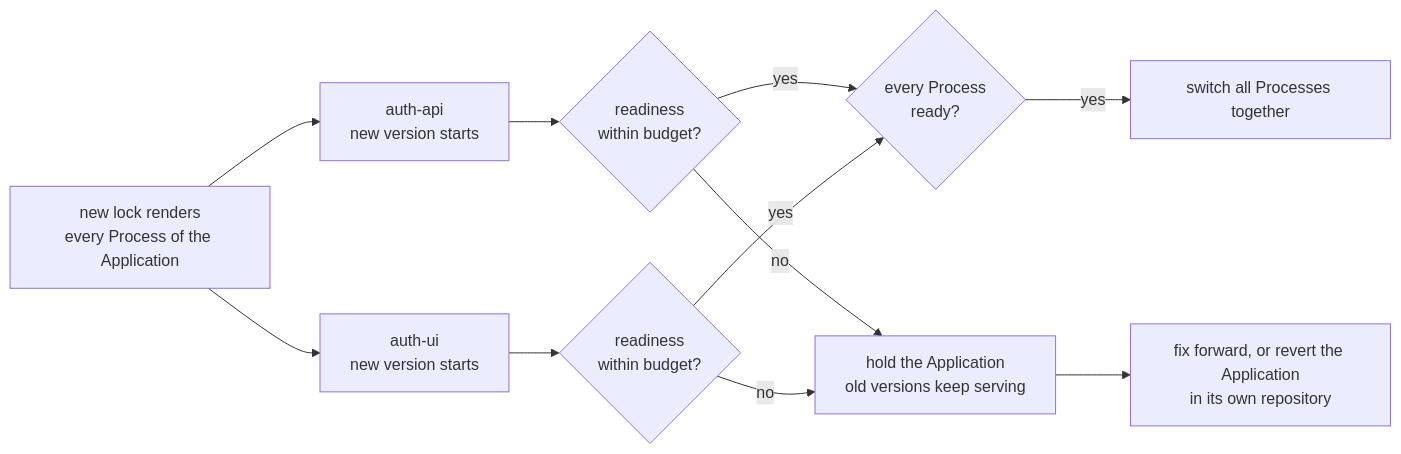
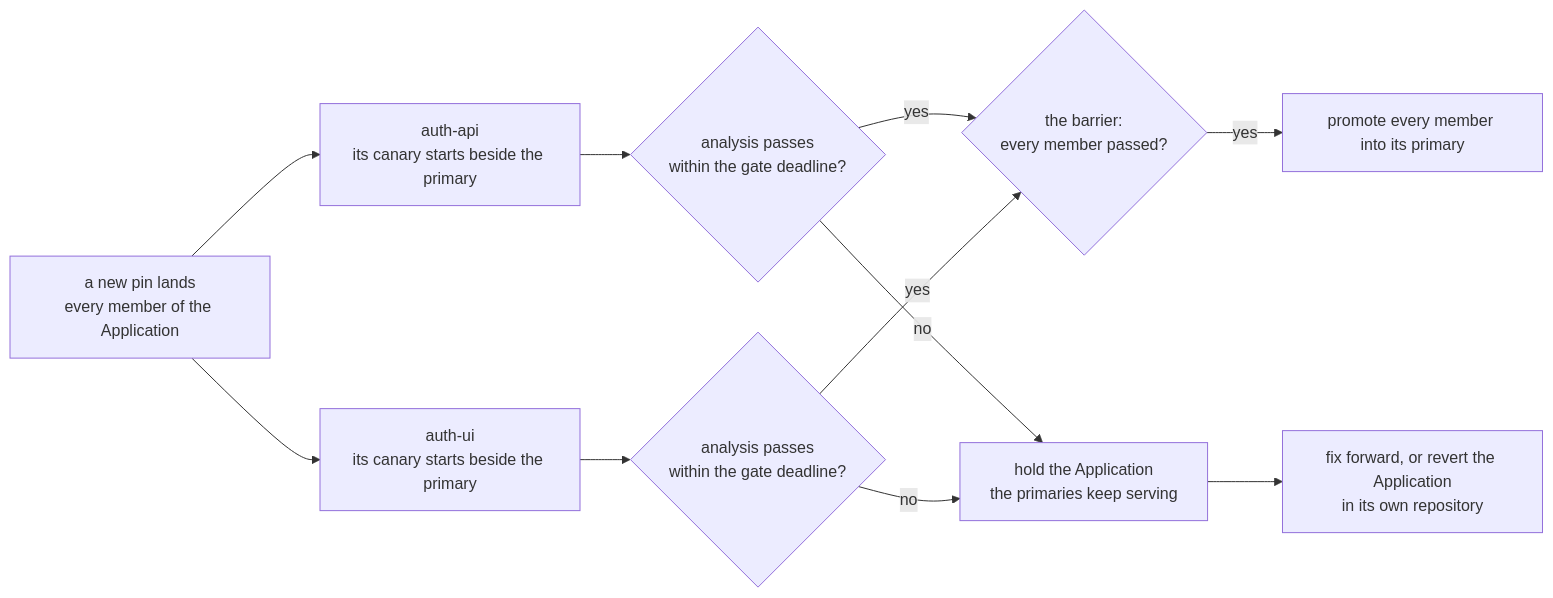
One commit to JorisJonkers-dev/deploy-kit changed the first of 2 diagrams in spec/v1/50-lifecycle.md. Above: the diagram before and after it, drawn with Mermaid. The commit also changed other lines of this file and 9 other files, not shown here.

First line of the commit message:
docs: redraw the delivery diagrams (#174)

````diff
--- a/spec/v1/50-lifecycle.md
+++ b/spec/v1/50-lifecycle.md
@@ -268,13 +267,13 @@
 ```mermaid
 flowchart LR
-    N["new lock renders<br/>every Process of the Application"] --> A1["auth-api<br/>new version starts"]
-    N --> A2["auth-ui<br/>new version starts"]
-    A1 --> P1{"readiness<br/>within budget?"}
-    A2 --> P2{"readiness<br/>within budget?"}
-    P1 -->|yes| K{"every Process<br/>ready?"}
+    N["a new pin lands<br/>every member of the Application"] --> A1["auth-api<br/>its canary starts beside the primary"]
+    N --> A2["auth-ui<br/>its canary starts beside the primary"]
+    A1 --> P1{"analysis passes<br/>within the gate deadline?"}
+    A2 --> P2{"analysis passes<br/>within the gate deadline?"}
+    P1 -->|yes| K{"the barrier:<br/>every member passed?"}
     P2 -->|yes| K
-    P1 -->|no| H["hold the Application<br/>old versions keep serving"]
+    P1 -->|no| H["hold the Application<br/>the primaries keep serving"]
     P2 -->|no| H
-    K -->|yes| SW["switch all Processes together"]
+    K -->|yes| SW["promote every member into its primary"]
     H --> RB["fix forward, or revert the Application<br/>in its own repository"]
 ```
````
